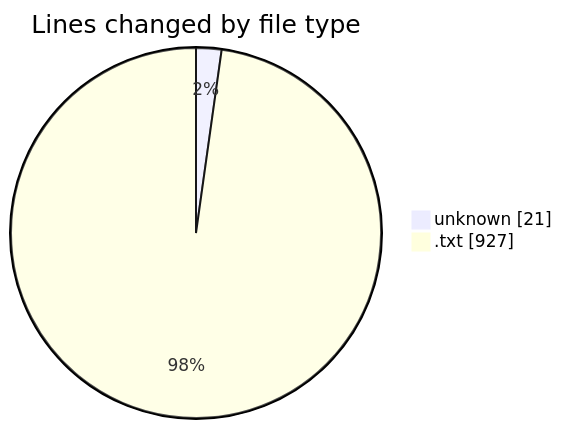
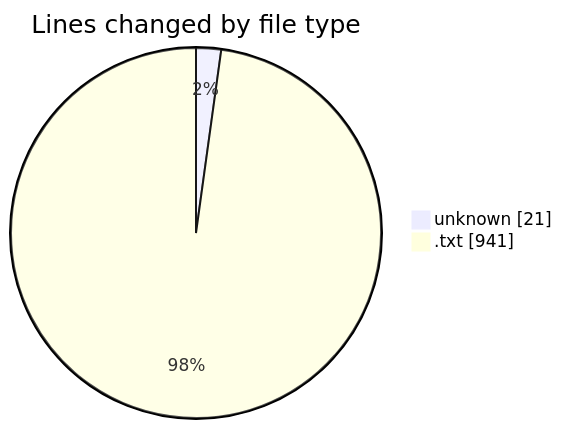
Before and after one commit to EIIisD/code-tracking: the first of 2 diagrams in 2025-07-25/cutler/README.md, drawn with Mermaid. The commit also changed other lines of this file and 1 other file, not shown here.

````diff
--- a/2025-07-25/cutler/README.md
+++ b/2025-07-25/cutler/README.md
@@ -30,6 +30,6 @@
 ```mermaid
 pie showData
 title Lines changed by file type
 "unknown" : 21
-".txt" : 927
+".txt" : 941
 ```
````
